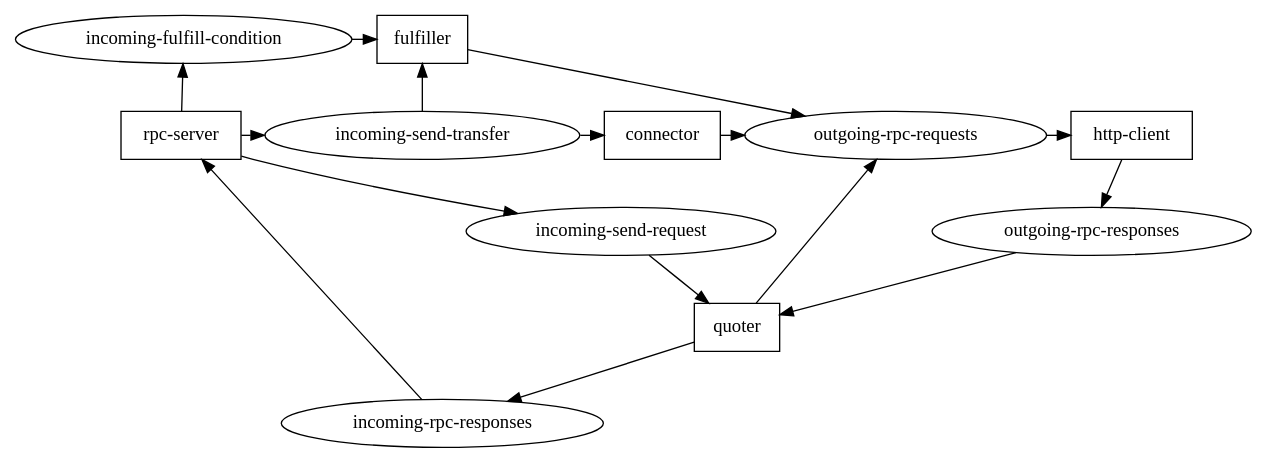
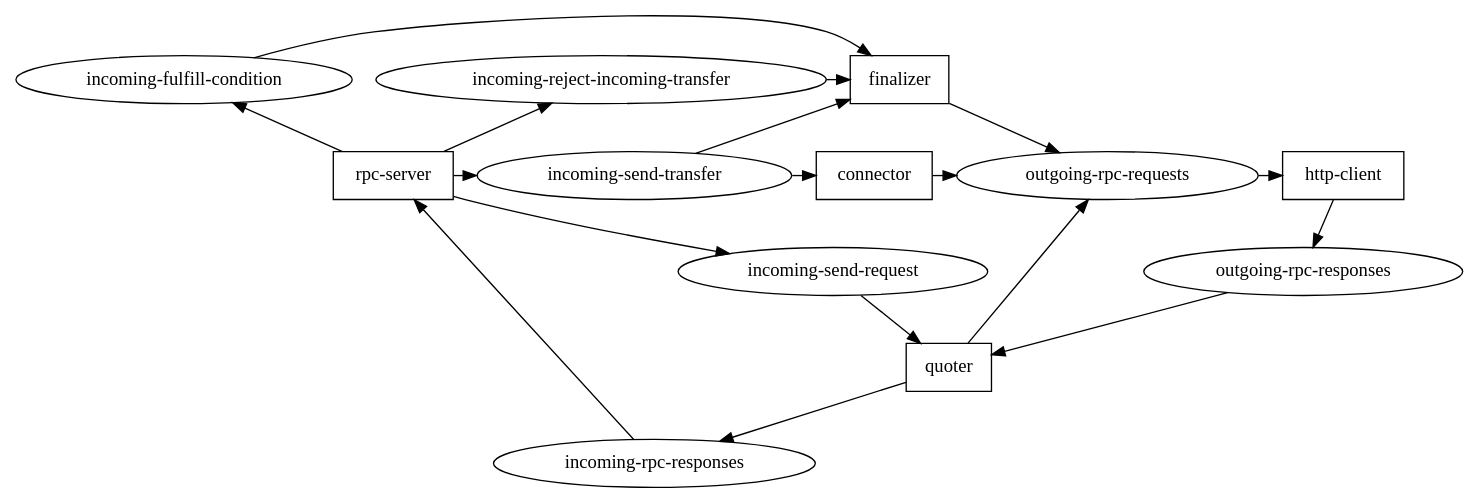
One commit to sharafian/the-metamorphosis changed the diagram in assets/streams.dot. Above: the diagram before and after it, drawn with Graphviz. The commit also changed 9 other files, not shown here.

Commit message:
feat: add reject-incoming-transfer to finalizer

```diff
--- a/assets/streams.dot
+++ b/assets/streams.dot
@@ -1,25 +1,24 @@
 digraph streams {
   subgraph components {
     node [ shape = box ];
     "rpc-server"
     "connector"
     "http-client"
-    "fulfiller"
+    "finalizer"
     "quoter"
   }
 
   "rpc-server" -> "incoming-send-transfer" -> "connector";
   "rpc-server" -> "incoming-send-request" -> "quoter";
-  "rpc-server" -> "incoming-fulfill-condition" -> "fulfiller";
+  "rpc-server" -> "incoming-fulfill-condition" -> "finalizer";
+  "rpc-server" -> "incoming-reject-incoming-transfer" -> "finalizer";
   "incoming-rpc-responses" -> "rpc-server";
-  "incoming-send-transfer" -> "fulfiller";
+  "incoming-send-transfer" -> "finalizer";
   "connector" -> "outgoing-rpc-requests" -> "http-client";
   "quoter" -> "outgoing-rpc-requests";
   "http-client" -> "outgoing-rpc-responses" -> "quoter" -> "incoming-rpc-responses";
-  "fulfiller" -> "outgoing-rpc-requests";
+  "finalizer" -> "outgoing-rpc-requests";
 
   { rank = same; "rpc-server" "incoming-send-transfer" "connector" "outgoing-rpc-requests" "http-client" }
-  { rank = source; "fulfiller" "incoming-fulfill-condition" }
-
-
+  { rank = source; "finalizer" "incoming-fulfill-condition" "incoming-reject-incoming-transfer" }
 }
```
